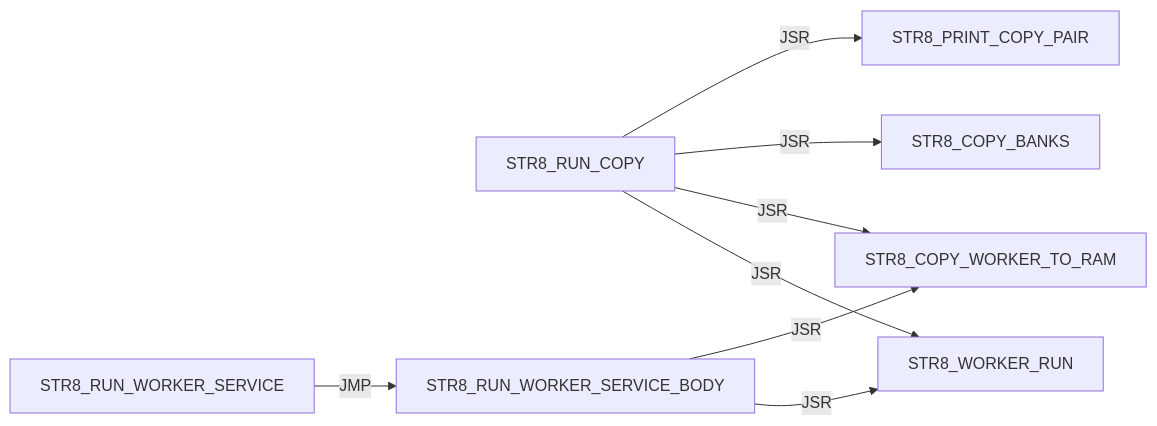
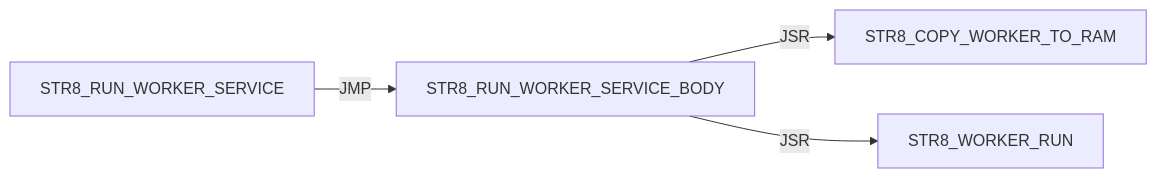
One commit to 95westus/R-YORS changed diagram 25 of 38 in DOC/GUIDES/STR8/STR8_EDGE_DUMP.md. Above: the diagram before and after it, drawn with Mermaid. The commit also changed other lines of this file and 35 other files, not shown here.

````diff
--- a/DOC/GUIDES/STR8/STR8_EDGE_DUMP.md
+++ b/DOC/GUIDES/STR8/STR8_EDGE_DUMP.md
@@ -353,10 +316,6 @@
 ```mermaid
 flowchart LR
-    N0["STR8_RUN_COPY"] -->|JSR| N1["STR8_PRINT_COPY_PAIR"]
-    N0["STR8_RUN_COPY"] -->|JSR| N2["STR8_COPY_BANKS"]
-    N0["STR8_RUN_COPY"] -->|JSR| N3["STR8_COPY_WORKER_TO_RAM"]
-    N0["STR8_RUN_COPY"] -->|JSR| N4["STR8_WORKER_RUN"]
-    N5["STR8_RUN_WORKER_SERVICE"] -->|JMP| N6["STR8_RUN_WORKER_SERVICE_BODY"]
-    N6["STR8_RUN_WORKER_SERVICE_BODY"] -->|JSR| N3["STR8_COPY_WORKER_TO_RAM"]
-    N6["STR8_RUN_WORKER_SERVICE_BODY"] -->|JSR| N4["STR8_WORKER_RUN"]
+    N0["STR8_RUN_WORKER_SERVICE"] -->|JMP| N1["STR8_RUN_WORKER_SERVICE_BODY"]
+    N1["STR8_RUN_WORKER_SERVICE_BODY"] -->|JSR| N2["STR8_COPY_WORKER_TO_RAM"]
+    N1["STR8_RUN_WORKER_SERVICE_BODY"] -->|JSR| N3["STR8_WORKER_RUN"]
 ```
````
